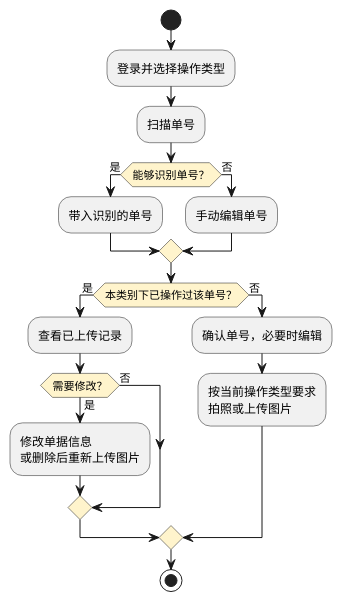
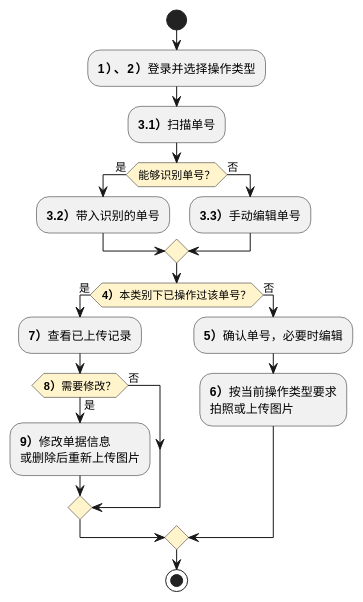
The first of 2 diagrams in product-caliber/goldjet/segmented-prd/PRD.高捷物流系统一期.第019篇.用车-地面服务小程序.C027EE380C.md (jack888332/projects-doc), drawn with PlantUML before and after one commit. The commit also changed 24 other files, not shown here.

````diff
--- a/product-caliber/goldjet/segmented-prd/PRD.高捷物流系统一期.第019篇.用车-地面服务小程序.C027EE380C.md
+++ b/product-caliber/goldjet/segmented-prd/PRD.高捷物流系统一期.第019篇.用车-地面服务小程序.C027EE380C.md
@@ -55,24 +55,24 @@
 ```plantuml
 @startuml goldjet-019-document-upload
 skinparam activityDiamondBackgroundColor #FFF4CC
 start
-:登录并选择操作类型;
-:扫描单号;
+:**1）、2）**登录并选择操作类型;
+:**3.1）**扫描单号;
 if (能够识别单号？) then (是)
-  :带入识别的单号;
+  :**3.2）**带入识别的单号;
 else (否)
-  :手动编辑单号;
+  :**3.3）**手动编辑单号;
 endif
-if (本类别下已操作过该单号？) then (是)
-  :查看已上传记录;
-  if (需要修改？) then (是)
-    :修改单据信息\n或删除后重新上传图片;
+if (**4）**本类别下已操作过该单号？) then (是)
+  :**7）**查看已上传记录;
+  if (**8）**需要修改？) then (是)
+    :**9）**修改单据信息\n或删除后重新上传图片;
   else (否)
   endif
 else (否)
-  :确认单号，必要时编辑;
-  :按当前操作类型要求\n拍照或上传图片;
+  :**5）**确认单号，必要时编辑;
+  :**6）**按当前操作类型要求\n拍照或上传图片;
 endif
 stop
 @enduml
 ```
````
